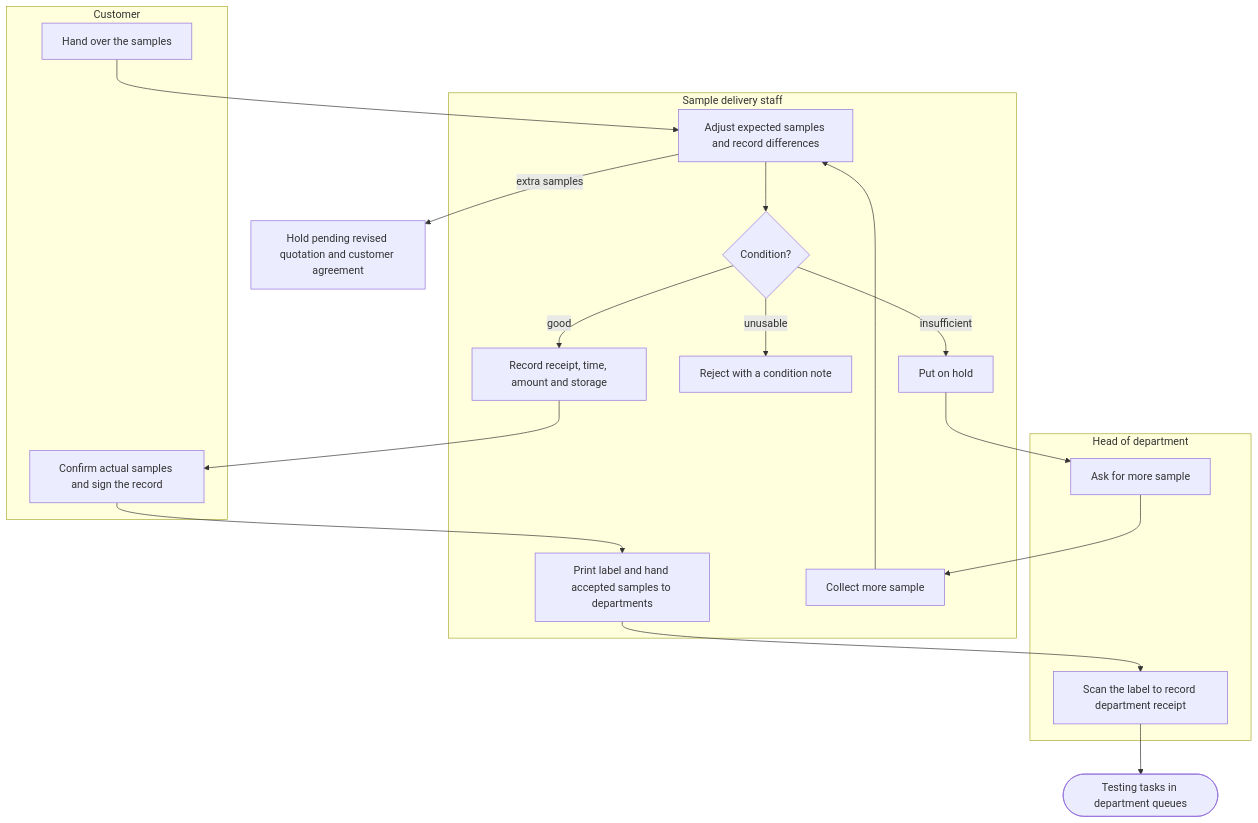
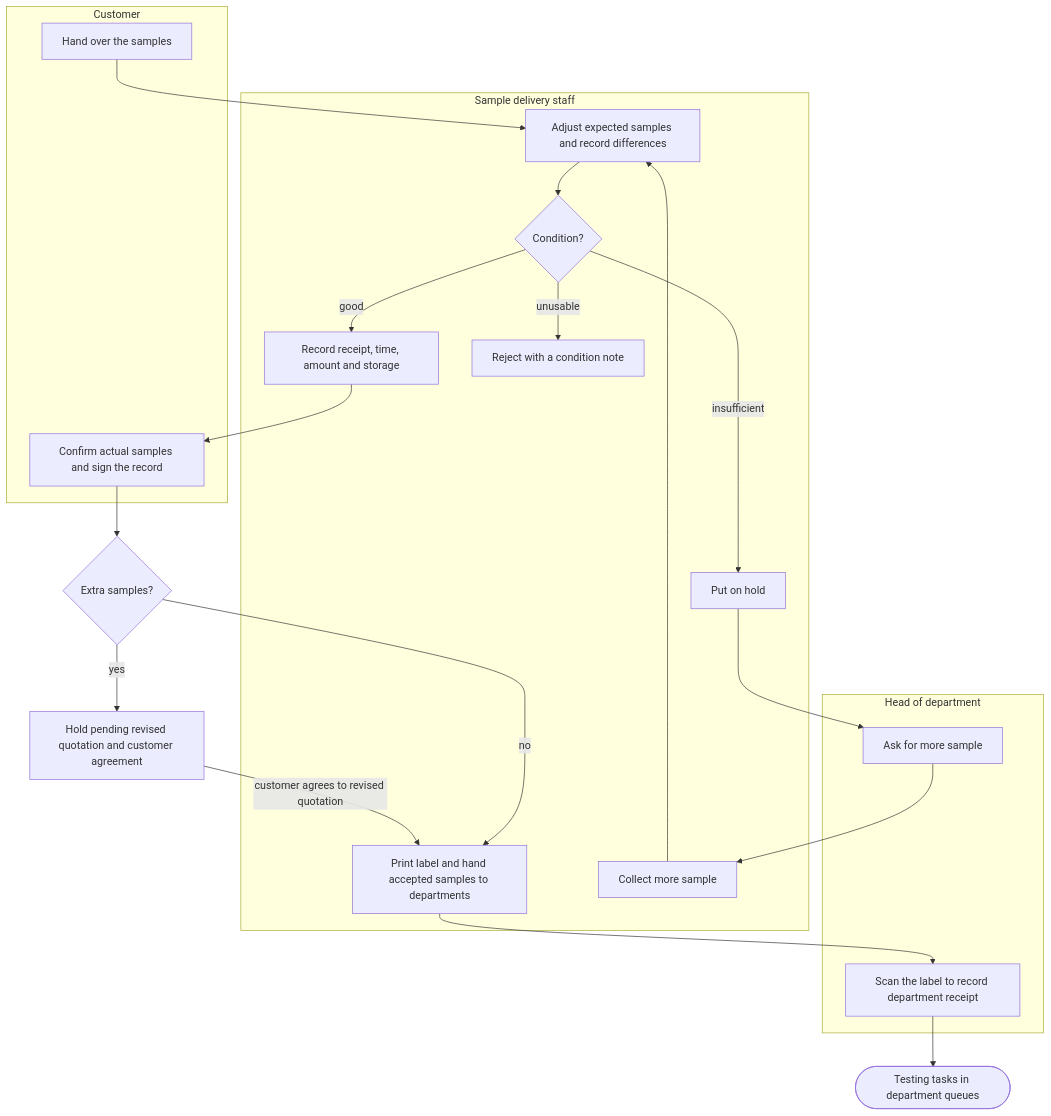
Before and after one commit to SoltuneMontepre/medilab: the second of 16 diagrams in docs/functional/business-flows.md, drawn with Mermaid. The commit also changed other lines of this file and 9 other files, not shown here.

````diff
--- a/docs/functional/business-flows.md
+++ b/docs/functional/business-flows.md
@@ -107,23 +107,25 @@
 ```mermaid
 flowchart TD
     subgraph lane5 ["Customer"]
         c1[Hand over the samples]
         c2[Confirm actual samples and sign the record]
     end
     subgraph lane6 ["Sample delivery staff"]
         d1[Adjust expected samples and record differences] --> d2{Condition?}
         d2 -->|good| d3[Record receipt, time, amount and storage]
         d2 -->|unusable| d6[Reject with a condition note]
         d2 -->|insufficient| d7[Put on hold]
         d4[Print label and hand accepted samples to departments]
         d8[Collect more sample]
     end
     subgraph lane7 ["Head of department"]
         h1[Ask for more sample]
         h2[Scan the label to record department receipt]
     end
     c1 --> d1
-    d3 --> c2 --> d4 --> h2 --> done([Testing tasks in department queues])
+    d3 --> c2 --> extra{Extra samples?}
+    extra -->|no| d4 --> h2 --> done([Testing tasks in department queues])
+    extra -->|yes| pending[Hold pending revised quotation and customer agreement]
+    pending -->|customer agrees to revised quotation| d4
     d7 --> h1 --> d8 --> d1
-    d1 -->|extra samples| pending[Hold pending revised quotation and customer agreement]
 ```
````
